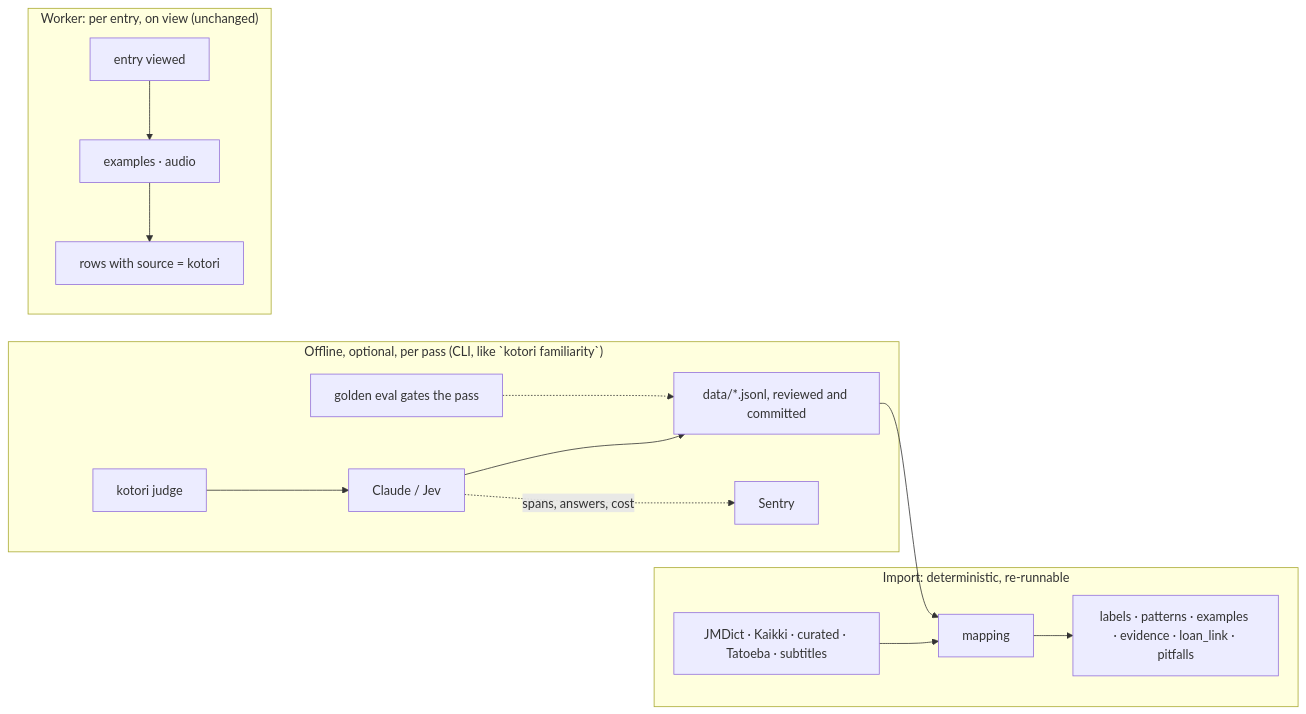
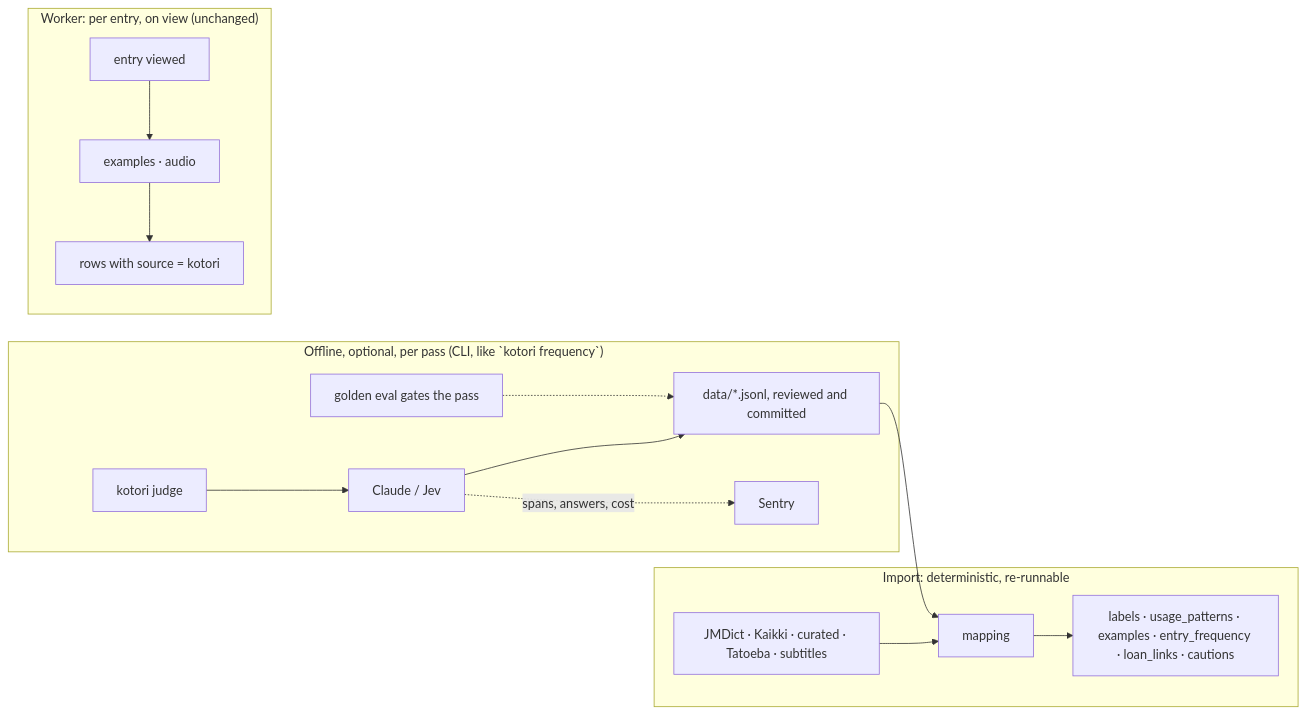
The second of 2 diagrams in docs/specs/dictionary-enrichment-model.md (0Calories/kotori), drawn with Mermaid before and after one commit. The commit also changed other lines of this file and 85 other files, not shown here.

````diff
--- a/docs/specs/dictionary-enrichment-model.md
+++ b/docs/specs/dictionary-enrichment-model.md
@@ -109,16 +109,16 @@
 ```mermaid
 flowchart LR
-    subgraph OFFLINE["Offline, optional, per pass (CLI, like `kotori familiarity`)"]
+    subgraph OFFLINE["Offline, optional, per pass (CLI, like `kotori frequency`)"]
         CLI["kotori judge <pass>"] --> MODEL["Claude / Jev"]
         MODEL --> FILE["data/*.jsonl, reviewed and committed"]
         MODEL -. spans, answers, cost .-> SENTRY["Sentry"]
         EVAL["golden eval gates the pass"] -.-> FILE
     end
     subgraph IMPORT["Import: deterministic, re-runnable"]
-        SEEDS["JMDict · Kaikki · curated · Tatoeba · subtitles"] --> MAP["mapping"]
-        FILE --> MAP --> DB["labels · patterns · examples · evidence · loan_link · pitfalls"]
+        SOURCES["JMDict · Kaikki · curated · Tatoeba · subtitles"] --> MAP["mapping"]
+        FILE --> MAP --> DB["labels · usage_patterns · examples · entry_frequency · loan_links · cautions"]
     end
     subgraph WORKER["Worker: per entry, on view (unchanged)"]
         VIEW["entry viewed"] --> JOBS["examples · audio"] --> DB2["rows with source = kotori"]
     end
 ```
````
